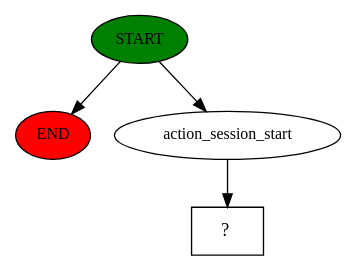
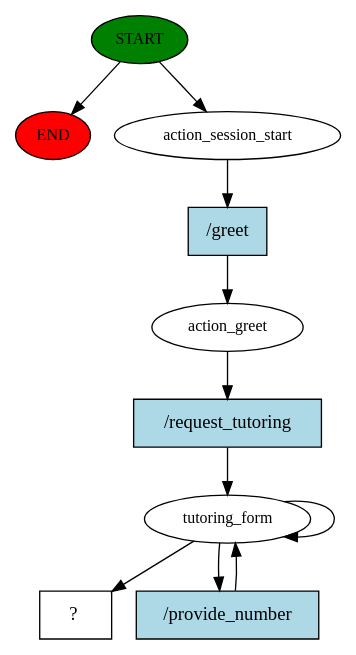
One commit to SbattellaMattia/SchoolTutoring-RasaChatbot changed the diagram in story_graph.dot. Above: the diagram before and after it, drawn with Graphviz. The commit also changed 8 other files, not shown here.

```diff
--- a/story_graph.dot
+++ b/story_graph.dot
@@ -1,9 +1,21 @@
 digraph  {
 0 [class="start active", fillcolor=green, fontsize=12, label=START, style=filled];
 "-1" [class=end, fillcolor=red, fontsize=12, label=END, style=filled];
 1 [class=active, fontsize=12, label=action_session_start];
-2 [class="intent dashed active", label="  ?  ", shape=rect];
+2 [class=active, fontsize=12, label=action_greet];
+3 [class=active, fontsize=12, label=tutoring_form];
+9 [class="intent dashed active", label="  ?  ", shape=rect];
+10 [class="intent active", fillcolor=lightblue, label="/greet", shape=rect, style=filled];
+11 [class="intent active", fillcolor=lightblue, label="/request_tutoring", shape=rect, style=filled];
+12 [class="intent active", fillcolor=lightblue, label="/provide_number", shape=rect, style=filled];
 0 -> "-1"  [class="", key=NONE, label=""];
 0 -> 1  [class=active, key=NONE, label=""];
-1 -> 2  [class=active, key=NONE, label=""];
+1 -> 10  [class=active, key=0];
+2 -> 11  [class=active, key=0];
+3 -> 3  [class=active, key=NONE, label=""];
+3 -> 9  [class=active, key=NONE, label=""];
+3 -> 12  [class=active, key=0];
+10 -> 2  [class=active, key=0];
+11 -> 3  [class=active, key=0];
+12 -> 3  [class=active, key=0];
 }
```
